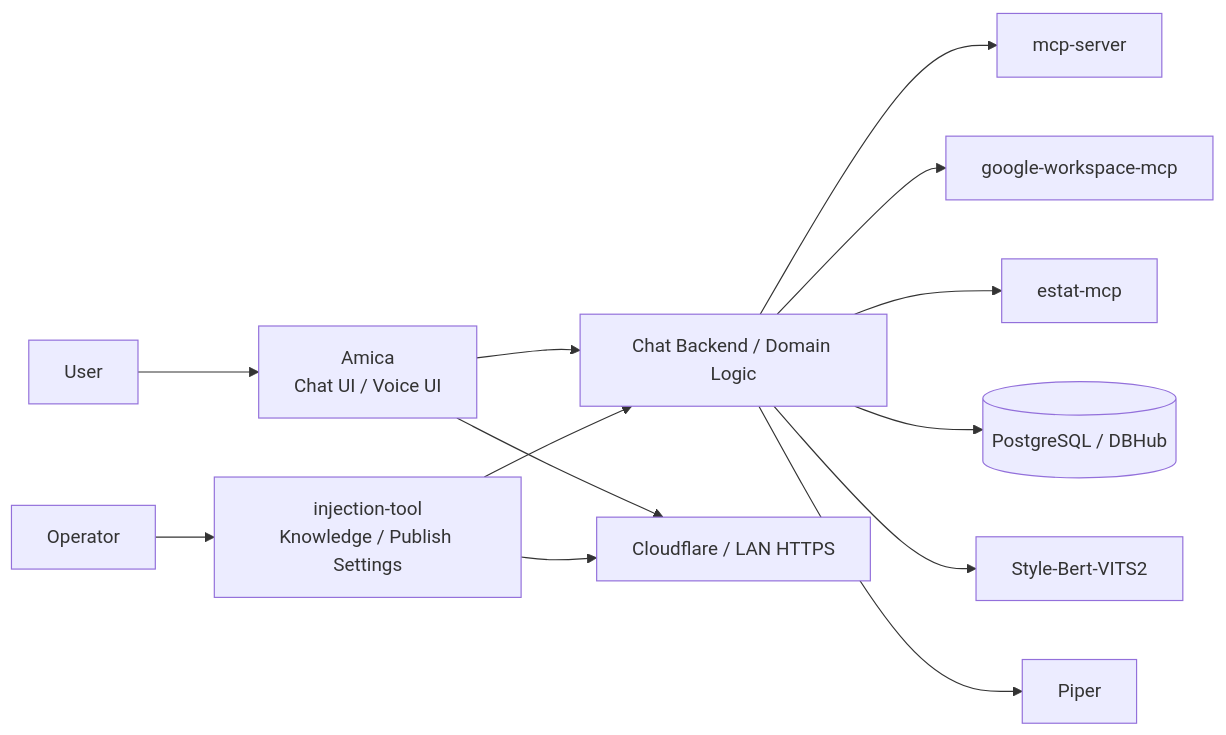
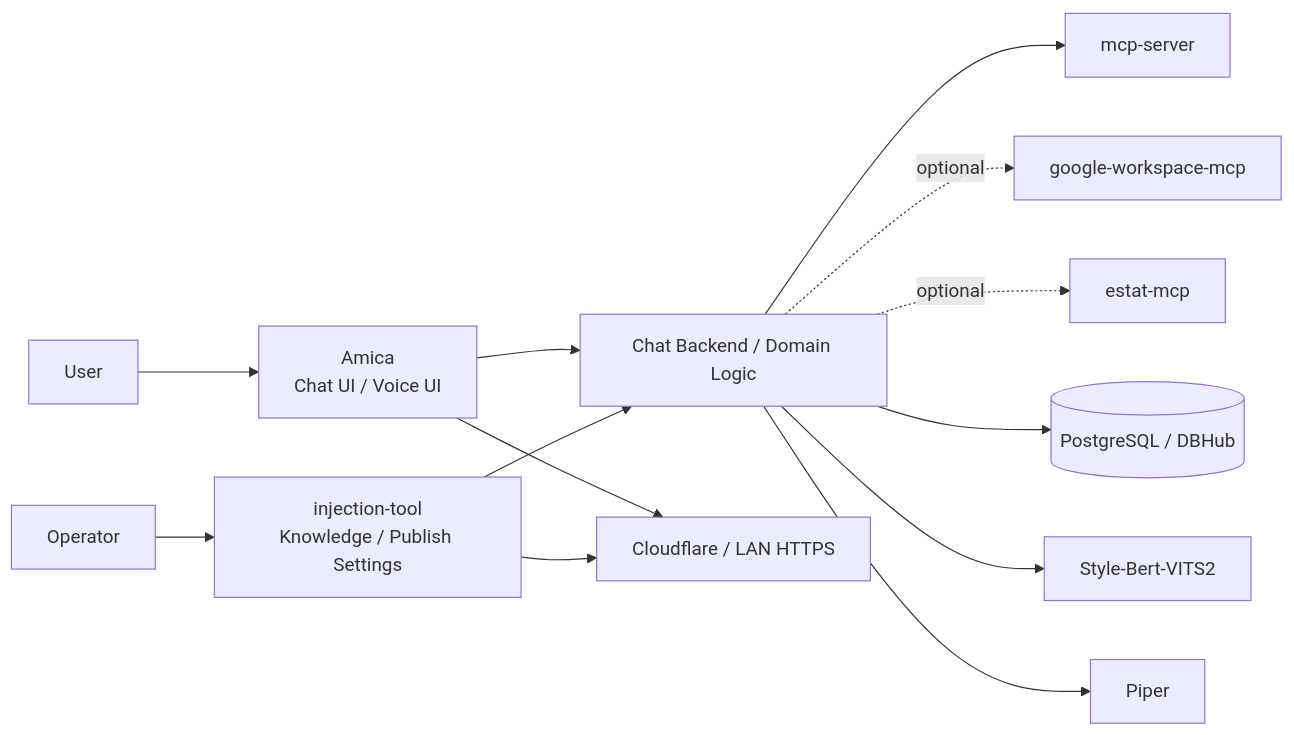
One commit to nftdrive01-maker/ark-injection-ai-system changed the diagram in README.md. Above: the diagram before and after it, drawn with Mermaid. The commit also changed other lines of this file and 17 other files, not shown here.

Commit message:
Add workspace bootstrap and optional MCP profiles

````diff
--- a/README.md
+++ b/README.md
@@ -35,15 +35,15 @@
 ```mermaid
 flowchart LR
 		U[User] --> A[Amica<br/>Chat UI / Voice UI]
 		O[Operator] --> I[injection-tool<br/>Knowledge / Publish Settings]
 		A --> C[Chat Backend / Domain Logic]
 		I --> C
 		C --> M1[mcp-server]
-		C --> M2[google-workspace-mcp]
-		C --> M3[estat-mcp]
+		C -. optional .-> M2[google-workspace-mcp]
+		C -. optional .-> M3[estat-mcp]
 		C --> DB[(PostgreSQL / DBHub)]
 		C --> T1[Style-Bert-VITS2]
 		C --> T2[Piper]
 		A --> P[Cloudflare / LAN HTTPS]
 		I --> P
 ```
````
